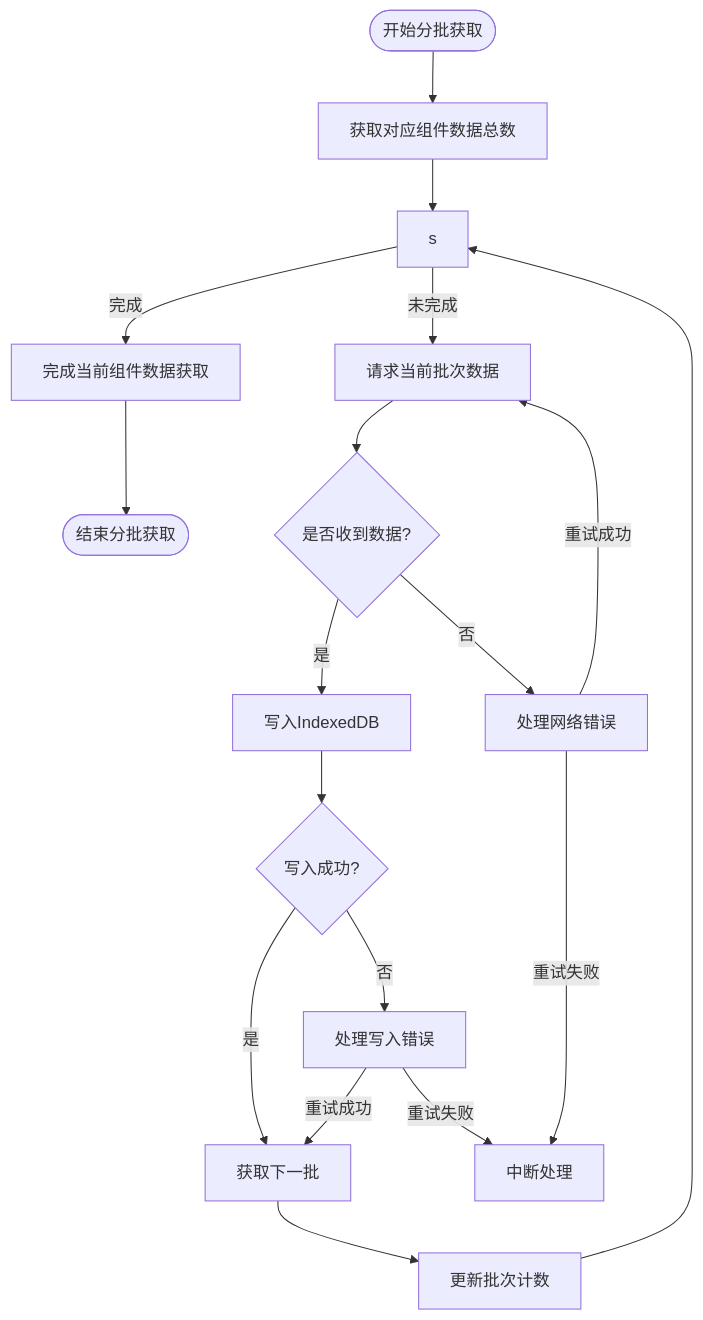
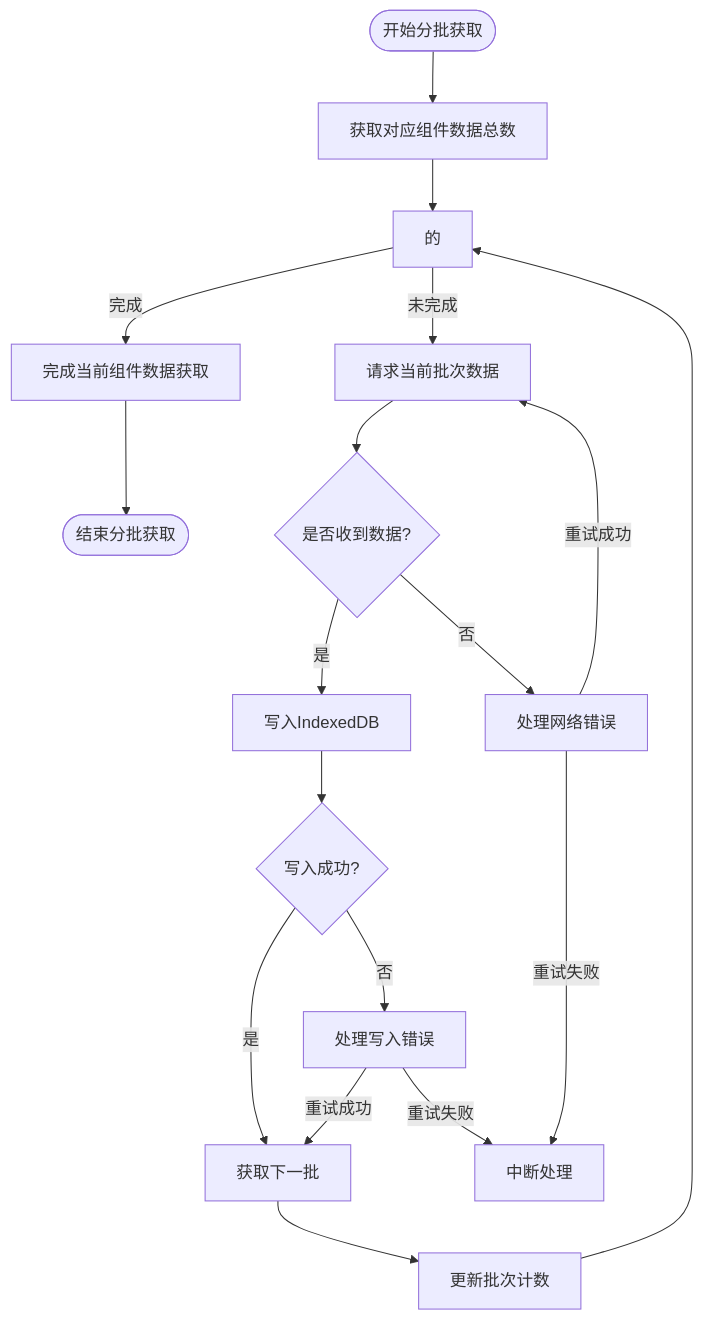
The diagram in all/未命名-51.md (yingjianzh/iodraw-files), drawn with Mermaid before and after one commit.

Commit message:
2025-05-08 11:11:56 update

````diff
--- a/all/未命名-51.md
+++ b/all/未命名-51.md
@@ -1,27 +1,27 @@
 ```mermaid
 flowchart TD
     StartBatch([开始分批获取]) --> InitializeBatch[获取对应组件数据总数]
-    InitializeBatch --> CheckBatchSize[s]
+    InitializeBatch --> CheckBatchSize[的]
     
     CheckBatchSize -->|完成| BatchComplete[完成当前组件数据获取]
     
     CheckBatchSize -->|未完成| RequestBatch[请求当前批次数据]
     RequestBatch --> ReceiveBatch{是否收到数据?}
     
     ReceiveBatch -->|是| WriteToDB[写入IndexedDB]
     
     WriteToDB --> BatchSuccess{写入成功?}
     BatchSuccess -->|是| NextBatch[获取下一批]
     BatchSuccess -->|否| HandleError[处理写入错误]
     HandleError -->|重试成功| NextBatch
     HandleError -->|重试失败| AbortProcess[中断处理]
     
     ReceiveBatch -->|否| HandleNetworkError[处理网络错误]
     HandleNetworkError -->|重试成功| RequestBatch
     HandleNetworkError -->|重试失败| AbortProcess
     
     NextBatch --> IncrementBatch[更新批次计数]
     IncrementBatch --> CheckBatchSize
     
     BatchComplete --> EndBatch([结束分批获取])
 ```
````
